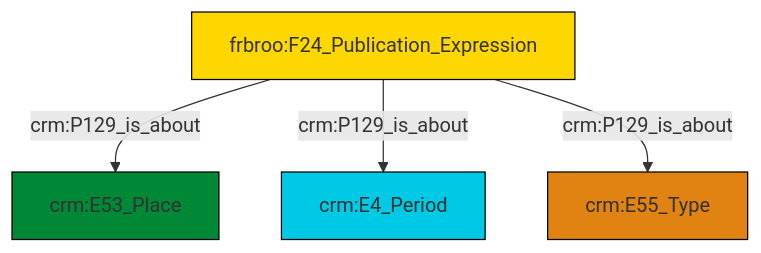
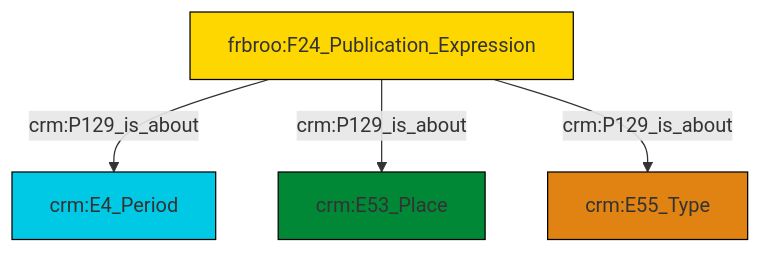
The diagram in et/biblioCSV/ttl/mmd/biblio_aboutness.ttl.mmd (swiss-art-research-net/docs.swissartresearch), drawn with Mermaid before and after one commit. The commit also changed 188 other files, not shown here.

```diff
--- a/et/biblioCSV/ttl/mmd/biblio_aboutness.ttl.mmd
+++ b/et/biblioCSV/ttl/mmd/biblio_aboutness.ttl.mmd
@@ -1,18 +1,18 @@
 graph TD
 classDef Literal fill:#f2f2f2,stroke:#000000;
 classDef CRM_Entity fill:#FFFFFF,stroke:#000000;
 classDef Temporal_Entity fill:#00C9E6, stroke:#000000;
 classDef Type fill:#E18312, stroke:#000000;
 classDef Time-Span fill:#2C9C91, stroke:#000000;
 classDef Appellation fill:#FFEB7F, stroke:#000000;
 classDef Place fill:#008836, stroke:#000000;
 classDef Persistent_Item fill:#B266B2, stroke:#000000;
 classDef Conceptual_Object fill:#FFD700, stroke:#000000;
 classDef Physical_Thing fill:#D2B48C, stroke:#000000;
 classDef Actor fill:#f58aad, stroke:#000000;
 classDef PC_Classes fill:#4ce600, stroke:#000000;
 classDef Multi fill:#cccccc,stroke:#000000;
 
-0["frbroo:F24_Publication_Expression"]:::Conceptual_Object -->|crm:P129_is_about| 1["crm:E53_Place"]:::Place
-0["frbroo:F24_Publication_Expression"]:::Conceptual_Object -->|crm:P129_is_about| 3["crm:E4_Period"]:::Temporal_Entity
-0["frbroo:F24_Publication_Expression"]:::Conceptual_Object -->|crm:P129_is_about| 6["crm:E55_Type"]:::Type
+2["frbroo:F24_Publication_Expression"]:::Conceptual_Object -->|crm:P129_is_about| 3["crm:E4_Period"]:::Temporal_Entity
+2["frbroo:F24_Publication_Expression"]:::Conceptual_Object -->|crm:P129_is_about| 5["crm:E53_Place"]:::Place
+2["frbroo:F24_Publication_Expression"]:::Conceptual_Object -->|crm:P129_is_about| 0["crm:E55_Type"]:::Type
```
